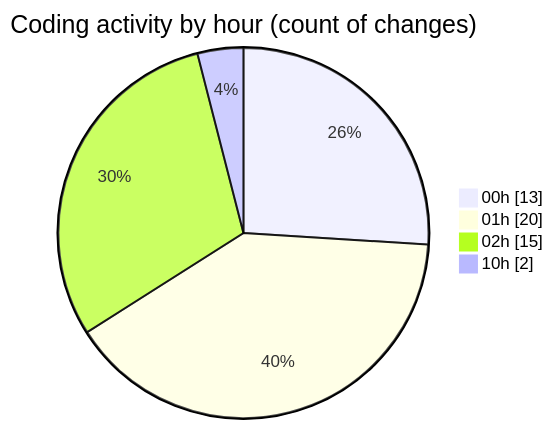
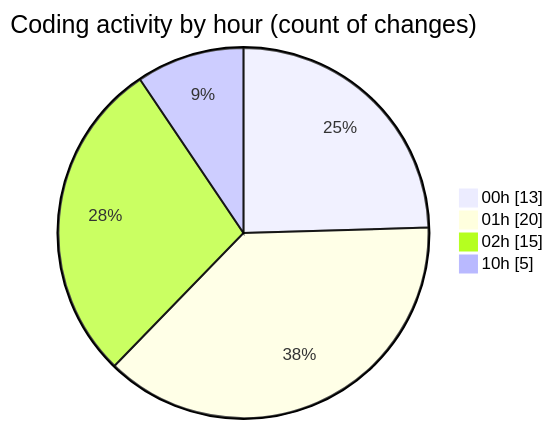
Before and after one commit to lephambinh05/code-tracking: the second of 2 diagrams in 2025-09-09/hiai-phf/README.md, drawn with Mermaid. The commit also changed other lines of this file and 1 other file, not shown here.

````diff
--- a/2025-09-09/hiai-phf/README.md
+++ b/2025-09-09/hiai-phf/README.md
@@ -49,8 +49,8 @@
 ```mermaid
 pie showData
 title Coding activity by hour (count of changes)
 "00h" : 13
 "01h" : 20
 "02h" : 15
-"10h" : 2
+"10h" : 5
 ```
````
